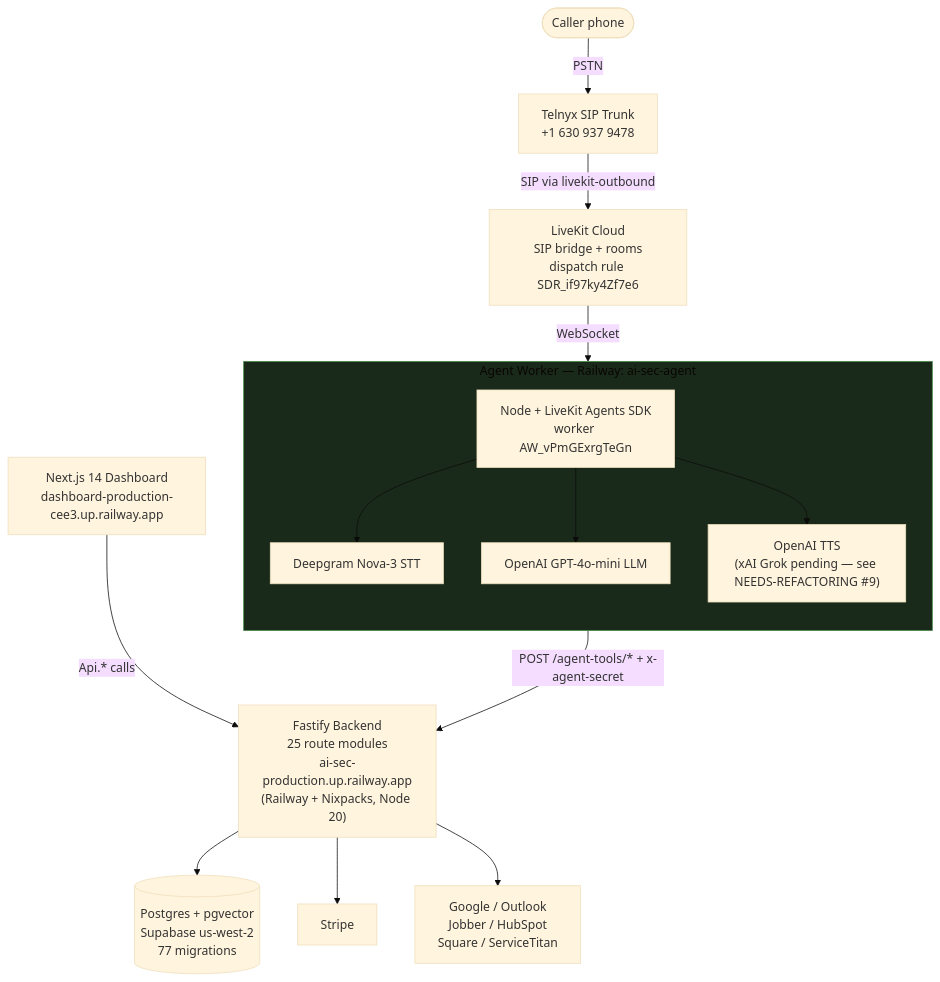
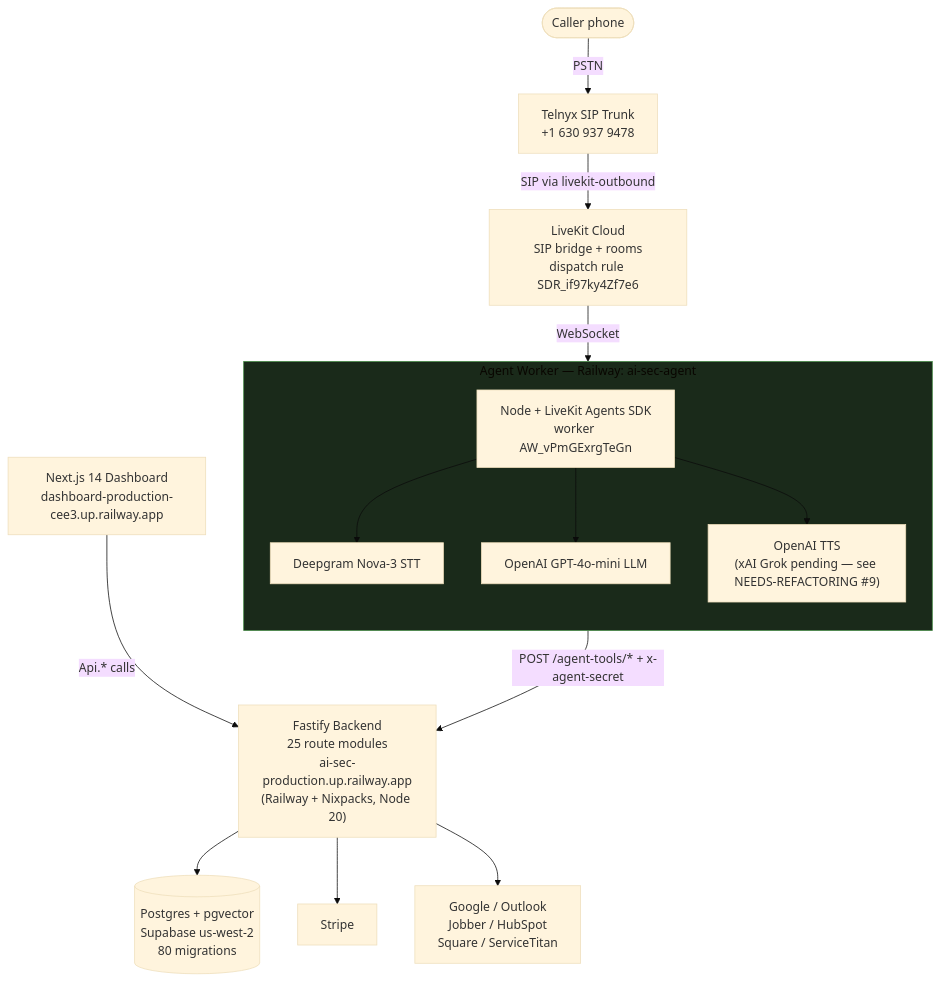
The first of 11 diagrams in docs/DIAGRAMS.md (ddemott/ai-sec), drawn with Mermaid (base theme) before and after one commit. The commit also changed 10 other files, not shown here.

````diff
--- a/docs/DIAGRAMS.md
+++ b/docs/DIAGRAMS.md
@@ -27,37 +27,37 @@
 ```mermaid
 flowchart TB
   Caller([Caller phone])
   Telnyx["Telnyx SIP Trunk<br/>+1 630 937 9478"]
   Caller -->|PSTN| Telnyx
 
   LiveKit["LiveKit Cloud<br/>SIP bridge + rooms<br/>dispatch rule SDR_if97ky4Zf7e6"]
   Telnyx -->|SIP via livekit-outbound| LiveKit
 
   subgraph agentBox["Agent Worker — Railway: ai-sec-agent"]
     direction TB
     Agent["Node + LiveKit Agents SDK<br/>worker AW_vPmGExrgTeGn"]
     DG["Deepgram Nova-3 STT"]
     OAI["OpenAI GPT-4o-mini LLM"]
     TTS["OpenAI TTS<br/>(xAI Grok pending — see NEEDS-REFACTORING #9)"]
     Agent --> DG
     Agent --> OAI
     Agent --> TTS
   end
 
   LiveKit -->|WebSocket| Agent
 
   Fastify["Fastify Backend<br/>25 route modules<br/>ai-sec-production.up.railway.app<br/>(Railway + Nixpacks, Node 20)"]
   Agent -->|POST /agent-tools/* + x-agent-secret| Fastify
 
-  Postgres[("Postgres + pgvector<br/>Supabase us-west-2<br/>77 migrations")]
+  Postgres[("Postgres + pgvector<br/>Supabase us-west-2<br/>80 migrations")]
   Stripe["Stripe"]
   Integrations["Google / Outlook<br/>Jobber / HubSpot<br/>Square / ServiceTitan"]
   Dashboard["Next.js 14 Dashboard<br/>dashboard-production-cee3.up.railway.app"]
 
   Fastify --> Postgres
   Fastify --> Stripe
   Fastify --> Integrations
   Dashboard -->|Api.* calls| Fastify
 
   style agentBox fill:#1a2a1a,stroke:#484
 ```
````
